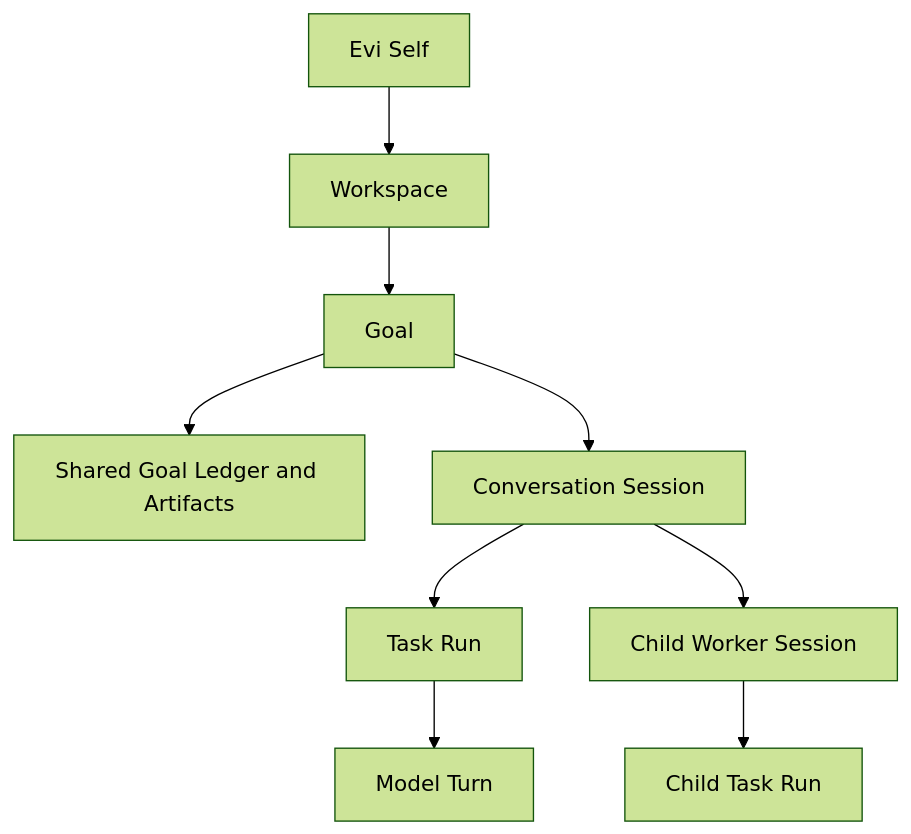
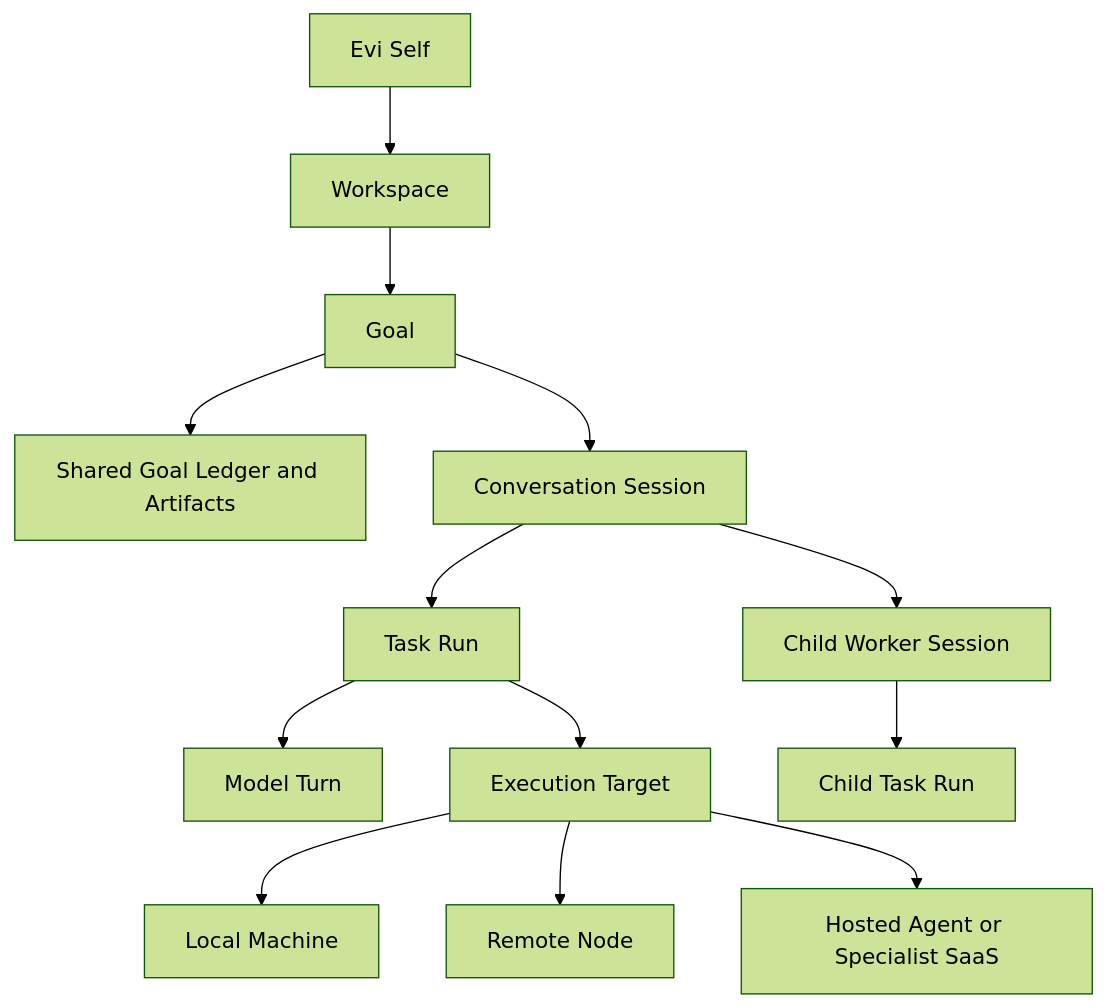
Before and after one commit to suthree/Evi: the diagram in docs/PRODUCT_VISION.cn.md, drawn with Mermaid (forest theme). The commit also changed other lines of this file and 7 other files, not shown here.

````diff
--- a/docs/PRODUCT_VISION.cn.md
+++ b/docs/PRODUCT_VISION.cn.md
@@ -57,11 +75,15 @@
 ```mermaid
 flowchart TD
   Self["Evi Self"] --> Workspace["Workspace"]
   Workspace --> Goal["Goal"]
   Goal --> Ledger["Shared Goal Ledger and Artifacts"]
   Goal --> Session["Conversation Session"]
   Session --> Run["Task Run"]
   Run --> Turn["Model Turn"]
+  Run --> Target["Execution Target"]
+  Target --> Local["Local Machine"]
+  Target --> Remote["Remote Node"]
+  Target --> Hosted["Hosted Agent or Specialist SaaS"]
   Session --> Worker["Child Worker Session"]
   Worker --> ChildRun["Child Task Run"]
 ```
````
